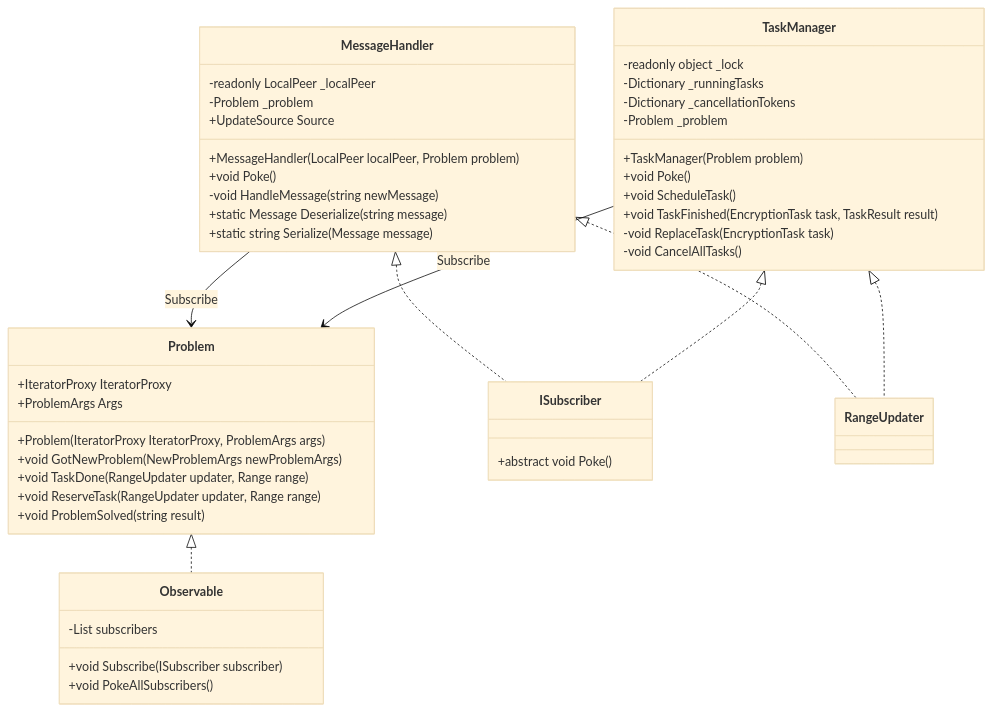
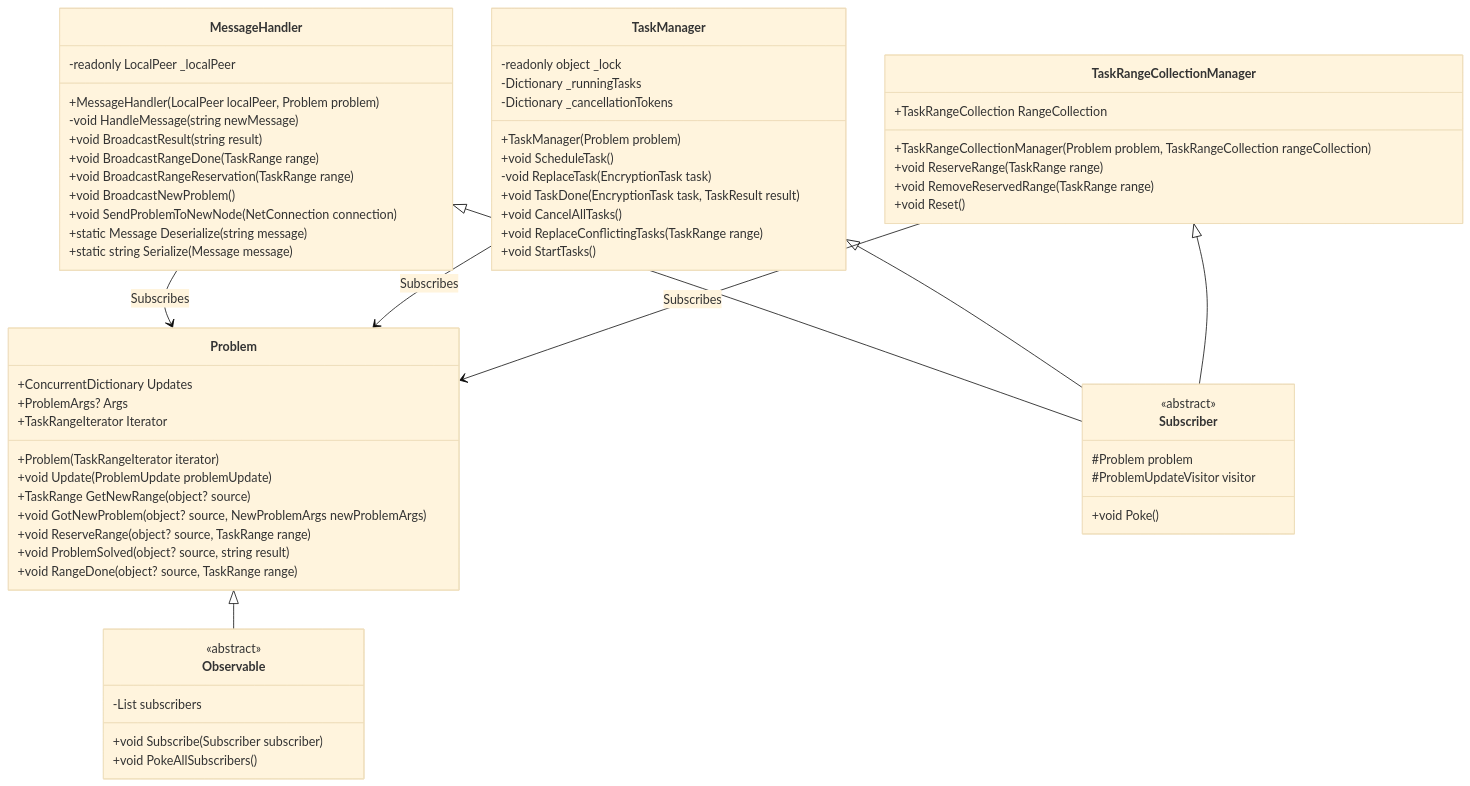
The second of 6 diagrams in index.md (kkasj/hash-banger), drawn with Mermaid (base theme) before and after one commit. The commit also changed other lines of this file and 1 other file, not shown here.

Commit message:
update diagramow klas

````diff
--- a/index.md
+++ b/index.md
@@ -285,59 +388,80 @@
 ```mermaid
 classDiagram
 
     class Problem{
-        +IteratorProxy IteratorProxy
-        +ProblemArgs Args
+        +ConcurrentDictionary<ProblemUpdate, byte> Updates
+        +ProblemArgs? Args
+        +TaskRangeIterator Iterator
 
-        +Problem(IteratorProxy IteratorProxy, ProblemArgs args)
-        +void GotNewProblem(NewProblemArgs newProblemArgs)
-        +void TaskDone(RangeUpdater updater, Range range)
-        +void ReserveTask(RangeUpdater updater, Range range)
-        +void ProblemSolved(string result)
+        +Problem(TaskRangeIterator iterator)
+        +void Update(ProblemUpdate problemUpdate)
+        +TaskRange GetNewRange(object? source)
+        +void GotNewProblem(object? source, NewProblemArgs newProblemArgs)
+        +void ReserveRange(object? source, TaskRange range)
+        +void ProblemSolved(object? source, string result)
+        +void RangeDone(object? source, TaskRange range)
     }
 
     class MessageHandler{
         -readonly LocalPeer _localPeer
-        -Problem _problem
-        +UpdateSource Source
         
         +MessageHandler(LocalPeer localPeer, Problem problem)
-        +void Poke()
         -void HandleMessage(string newMessage)
+        +void BroadcastResult(string result)
+        +void BroadcastRangeDone(TaskRange range)
+        +void BroadcastRangeReservation(TaskRange range)
+        +void BroadcastNewProblem()
+        +void SendProblemToNewNode(NetConnection connection)
         +static Message Deserialize(string message)
         +static string Serialize(Message message)
     }
 
     class Observable{
-        -List<ISubscriber> subscribers
-        +void Subscribe(ISubscriber subscriber)
+        -List<Subscriber> subscribers
+        +void Subscribe(Subscriber subscriber)
         +void PokeAllSubscribers()
     }
+    <<abstract>> Observable
 
-    class ISubscriber{
-        +abstract void Poke()
+    class Subscriber{
+        #Problem problem
+        #ProblemUpdateVisitor visitor
+
+        +void Poke()
     }
+    <<abstract>> Subscriber
     
     class TaskManager{
         -readonly object _lock
         -Dictionary<EncryptionTask, Thread> _runningTasks
         -Dictionary<EncryptionTask, CancellationTokenSource> _cancellationTokens
-        -Problem _problem
 
         +TaskManager(Problem problem)
-        +void Poke()
         +void ScheduleTask()
-        +void TaskFinished(EncryptionTask task, TaskResult result)
         -void ReplaceTask(EncryptionTask task)
-        -void CancelAllTasks()
+        +void TaskDone(EncryptionTask task, TaskResult result)
+        +void CancelAllTasks()
+        +void ReplaceConflictingTasks(TaskRange range)
+        +void StartTasks()
     }
 
-    MessageHandler <|.. ISubscriber
-    MessageHandler <|.. RangeUpdater
-    TaskManager <|.. RangeUpdater
-    MessageHandler --> Problem: Subscribe
-    TaskManager --> Problem: Subscribe
-    Problem <|.. Observable
-    TaskManager <|.. ISubscriber
+    class TaskRangeCollectionManager{
+        +TaskRangeCollection RangeCollection
+
+        +TaskRangeCollectionManager(Problem problem, TaskRangeCollection rangeCollection)
+        +void ReserveRange(TaskRange range)
+        +void RemoveReservedRange(TaskRange range)
+        +void Reset()
+    }
+
+    Problem <|-- Observable
+
+    MessageHandler --> Problem: Subscribes
+    TaskManager --> Problem: Subscribes
+    TaskRangeCollectionManager --> Problem: Subscribes
+
+    MessageHandler <|-- Subscriber
+    TaskManager <|-- Subscriber
+    TaskRangeCollectionManager <|-- Subscriber
 
 ```
````
